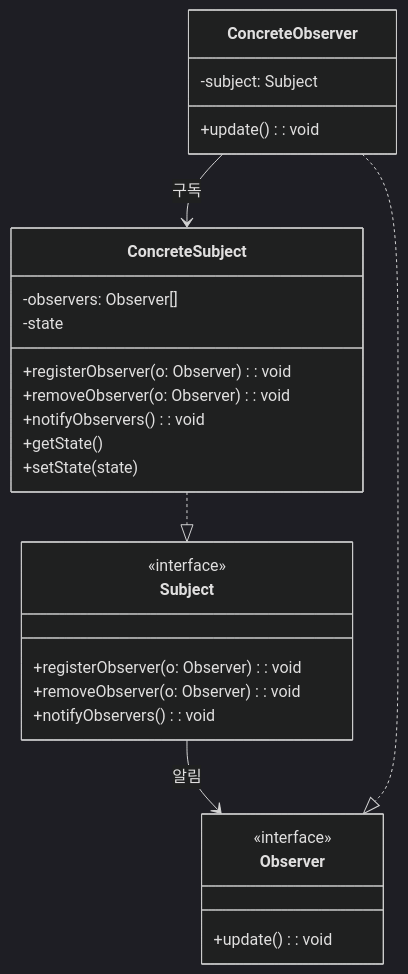
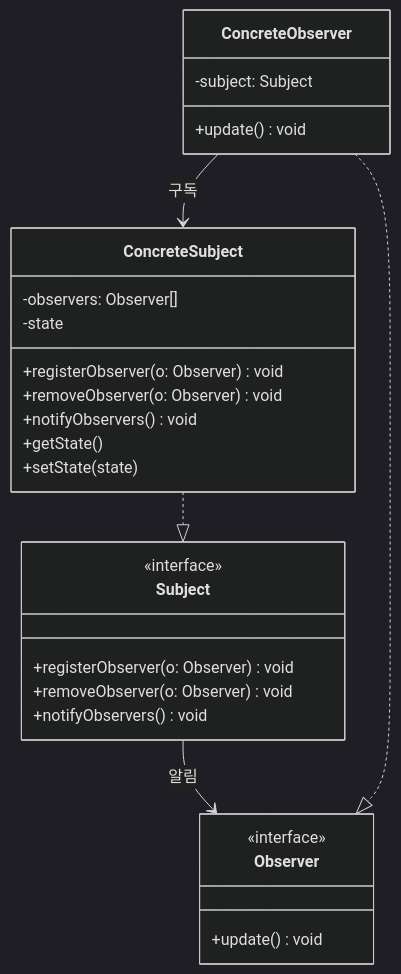
The diagram in head-first-design-patterns/02.observer-pattern.md (chan9yu/dev-book-archive), drawn with Mermaid (dark theme) before and after one commit. The commit also changed other lines of this file, not shown here.

Commit message:
docs: 옵저버(Observer) 패턴 내용 수정

````diff
--- a/head-first-design-patterns/02.observer-pattern.md
+++ b/head-first-design-patterns/02.observer-pattern.md
@@ -73,36 +75,36 @@
 ```mermaid
 classDiagram
     direction TB
 
     class Subject {
         <<interface>>
-        +registerObserver(o: Observer): void
-        +removeObserver(o: Observer): void
-        +notifyObservers(): void
+        +registerObserver(o: Observer) void
+        +removeObserver(o: Observer) void
+        +notifyObservers() void
     }
 
     class Observer {
         <<interface>>
-        +update(): void
+        +update() void
     }
 
     class ConcreteSubject {
         -observers: Observer[]
         -state
-        +registerObserver(o: Observer): void
-        +removeObserver(o: Observer): void
-        +notifyObservers(): void
+        +registerObserver(o: Observer) void
+        +removeObserver(o: Observer) void
+        +notifyObservers() void
         +getState()
         +setState(state)
     }
 
     class ConcreteObserver {
         -subject: Subject
-        +update(): void
+        +update() void
     }
 
     Subject --> Observer : 알림
     ConcreteSubject ..|> Subject
     ConcreteObserver ..|> Observer
     ConcreteObserver --> ConcreteSubject : 구독
 ```
````
